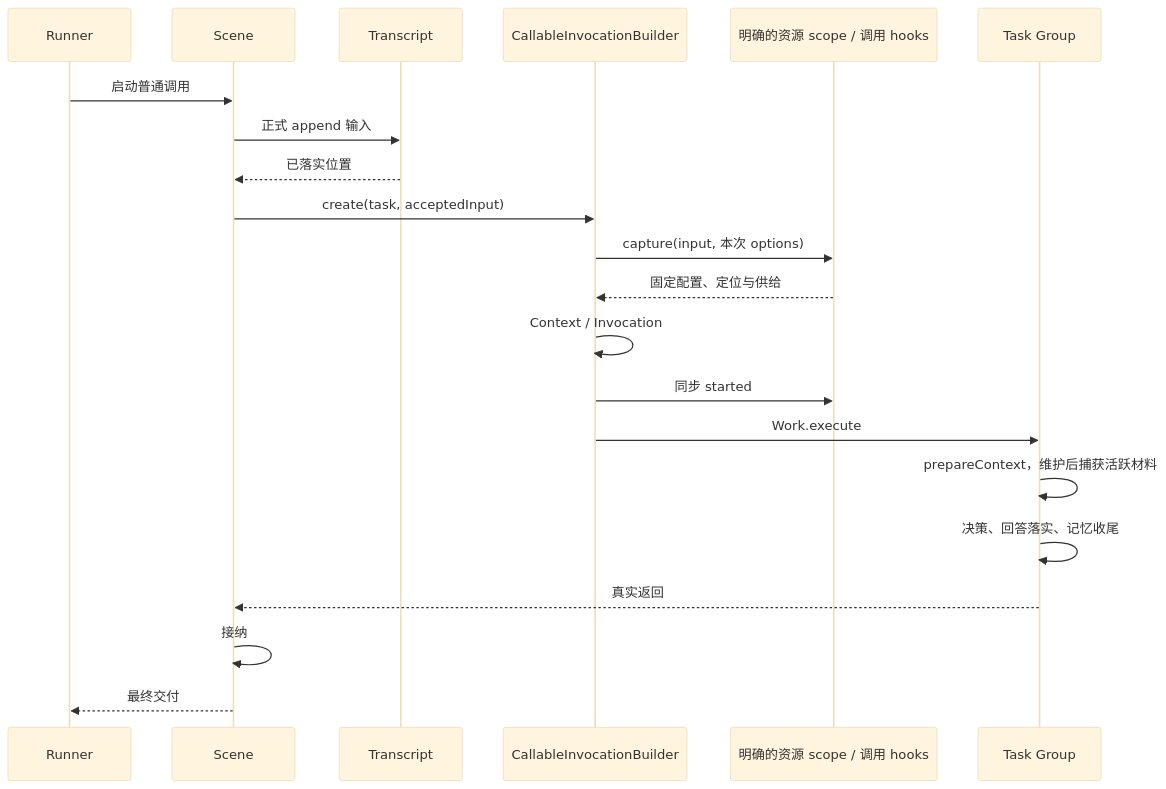
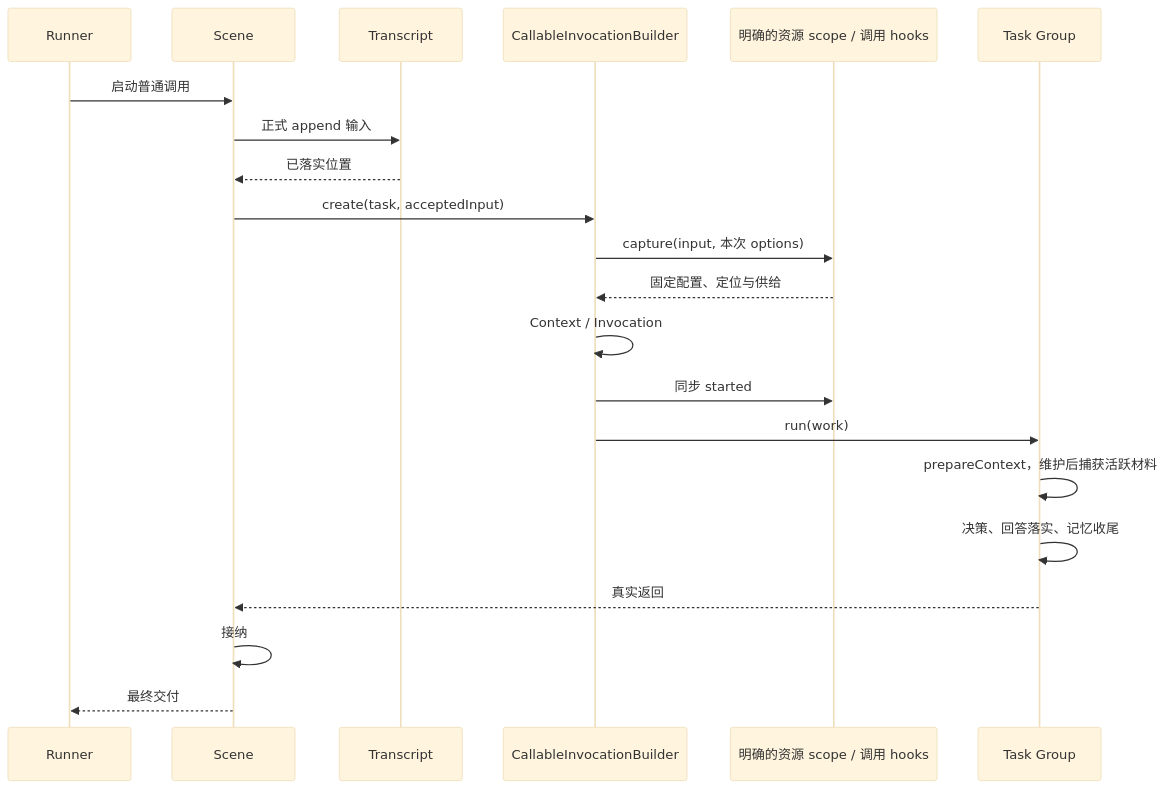
Before and after one commit to weiliang0121/capix: the diagram in docs/runtime-boundaries.md, drawn with Mermaid (base theme). The commit also changed other lines of this file and 226 other files, not shown here.

````diff
--- a/docs/runtime-boundaries.md
+++ b/docs/runtime-boundaries.md
@@ -70,23 +70,23 @@
 ```mermaid
 sequenceDiagram
     participant Runner
     participant Scene
     participant Content as Transcript
     participant Builder as CallableInvocationBuilder
     participant Source as 明确的资源 scope / 调用 hooks
     participant Task as Task Group
     Runner->>Scene: 启动普通调用
     Scene->>Content: 正式 append 输入
     Content-->>Scene: 已落实位置
     Scene->>Builder: create(task, acceptedInput)
     Builder->>Source: capture(input, 本次 options)
     Source-->>Builder: 固定配置、定位与供给
     Builder->>Builder: Context / Invocation
     Builder->>Source: 同步 started
-    Builder->>Task: Work.execute
+    Builder->>Task: run(work)
     Task->>Task: prepareContext，维护后捕获活跃材料
     Task->>Task: 决策、回答落实、记忆收尾
     Task-->>Scene: 真实返回
     Scene->>Scene: 接纳
     Scene-->>Runner: 最终交付
 ```
````
